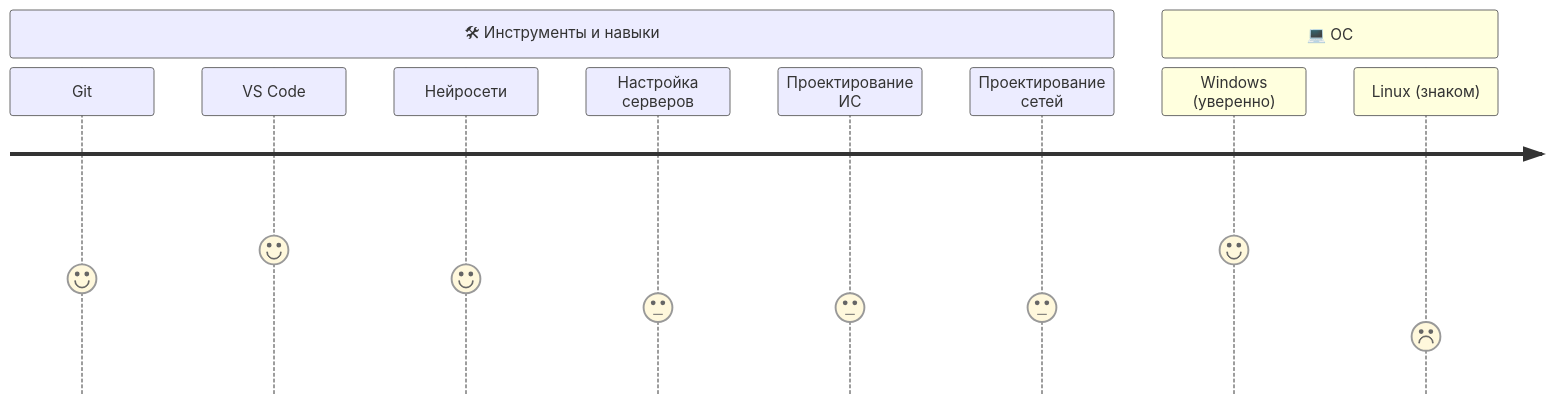
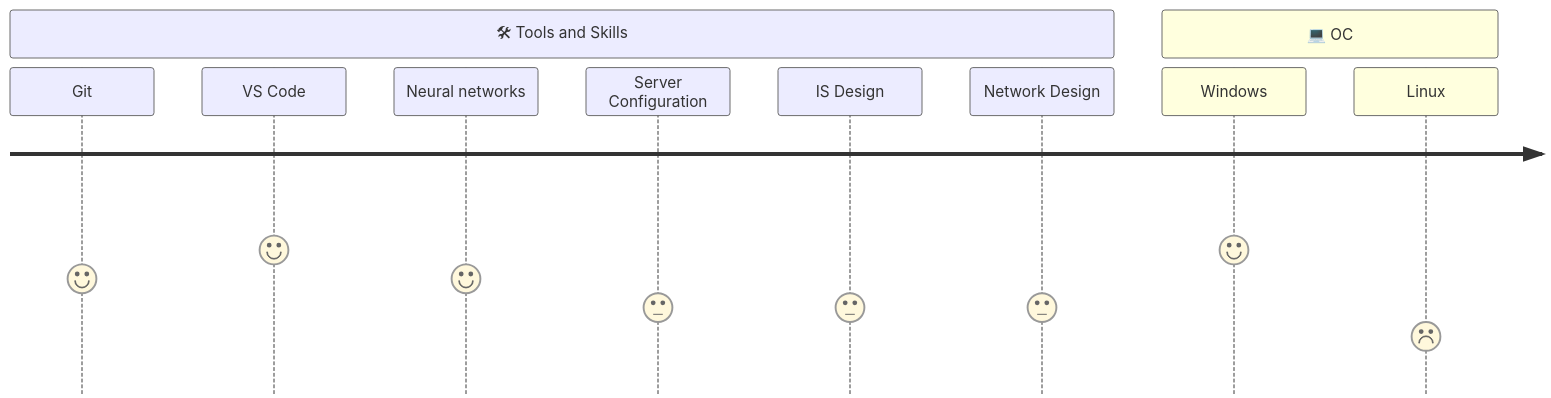
The second of 2 diagrams in README.md (sttape/sttape), drawn with Mermaid before and after one commit. The commit also changed other lines of this file, not shown here.

````diff
--- a/README.md
+++ b/README.md
@@ -23,13 +23,13 @@
 ```mermaid
 journey
-    section 🛠 Инструменты и навыки
+    section 🛠 Tools and Skills
       Git: 4
       VS Code: 5
-      Нейросети: 4
-      Настройка серверов: 3
-      Проектирование ИС: 3
-      Проектирование сетей: 3
+      Neural networks: 4
+      Server Configuration: 3
+      IS Design: 3
+      Network Design: 3
     section 💻 ОС
-      Windows (уверенно): 5
-      Linux (знаком): 2
+      Windows: 5
+      Linux: 2
 ```
````
